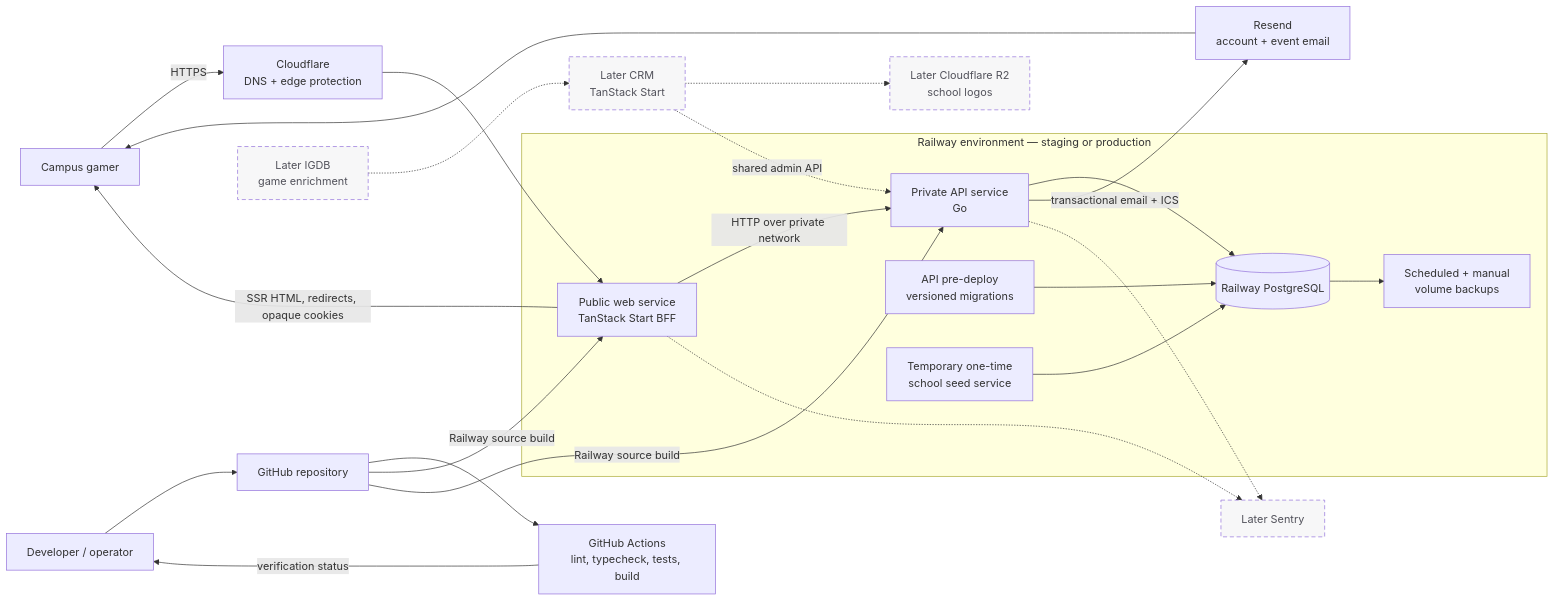
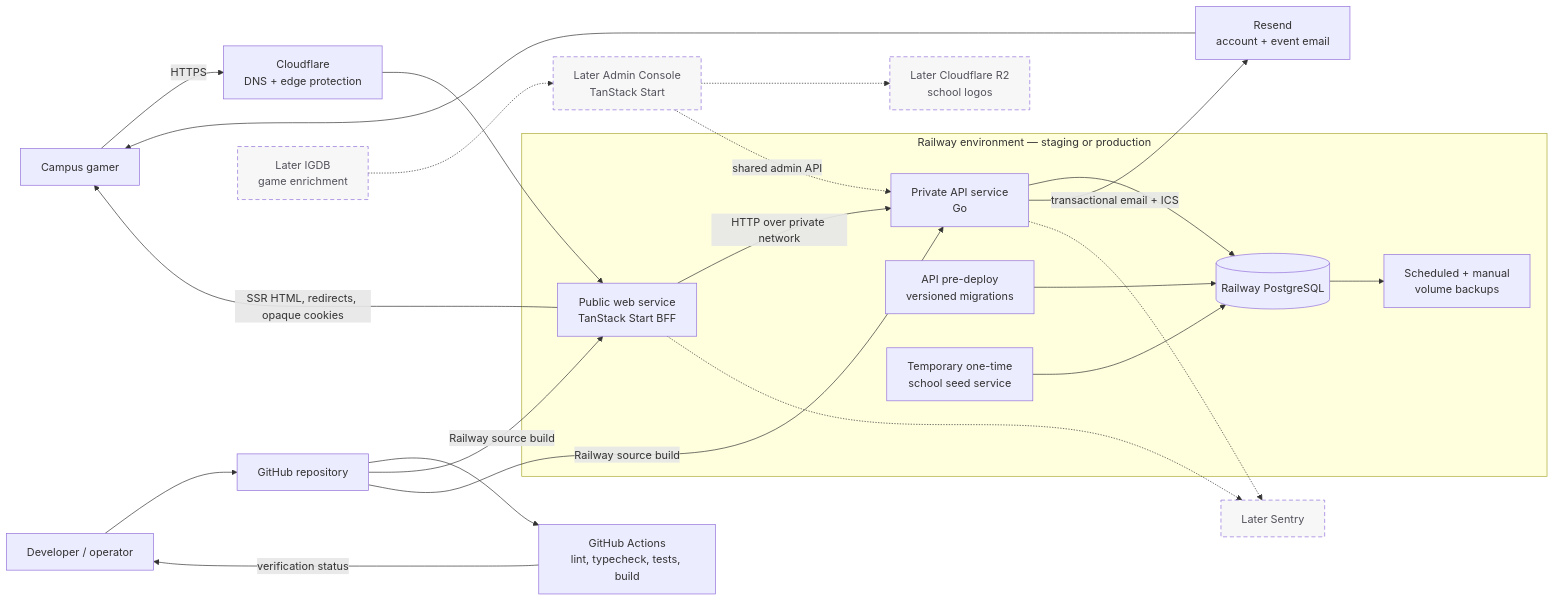
The third of 3 diagrams in docs/14-architecture-diagrams.md (Campus-Gaming-Network/core), drawn with Mermaid before and after one commit. The commit also changed 22 other files, not shown here.

Commit message:
docs: rename CRM to Admin Console

````diff
--- a/docs/14-architecture-diagrams.md
+++ b/docs/14-architecture-diagrams.md
@@ -140,48 +140,48 @@
 ```mermaid
 flowchart LR
     User["Campus gamer"]
     Operator["Developer / operator"]
     GitHub["GitHub repository"]
     CI["GitHub Actions<br/>lint, typecheck, tests, build"]
     Cloudflare["Cloudflare<br/>DNS + edge protection"]
     Resend["Resend<br/>account + event email"]
 
     subgraph Railway["Railway environment — staging or production"]
         Web["Public web service<br/>TanStack Start BFF"]
         API["Private API service<br/>Go"]
         Migrations["API pre-deploy<br/>versioned migrations"]
         Seed["Temporary one-time<br/>school seed service"]
         Database[("Railway PostgreSQL")]
         Backups["Scheduled + manual<br/>volume backups"]
 
         Web -->|"HTTP over private network"| API
         API --> Database
         Migrations --> Database
         Seed --> Database
         Database --> Backups
     end
 
-    CRM["Later CRM<br/>TanStack Start"]
+    Admin["Later Admin Console<br/>TanStack Start"]
     R2["Later Cloudflare R2<br/>school logos"]
     IGDB["Later IGDB<br/>game enrichment"]
     Sentry["Later Sentry"]
 
     User -->|"HTTPS"| Cloudflare --> Web
     Web -->|"SSR HTML, redirects, opaque cookies"| User
     API -->|"transactional email + ICS"| Resend --> User
 
     Operator --> GitHub
     GitHub --> CI
     CI -->|"verification status"| Operator
     GitHub -->|"Railway source build"| Web
     GitHub -->|"Railway source build"| API
 
-    CRM -.->|"shared admin API"| API
-    CRM -.-> R2
-    IGDB -.-> CRM
+    Admin -.->|"shared admin API"| API
+    Admin -.-> R2
+    IGDB -.-> Admin
     Web -.-> Sentry
     API -.-> Sentry
 
     classDef deferred stroke-dasharray: 6 4,fill:#f7f7f8,color:#52525b;
-    class CRM,R2,IGDB,Sentry deferred;
+    class Admin,R2,IGDB,Sentry deferred;
 ```
````
